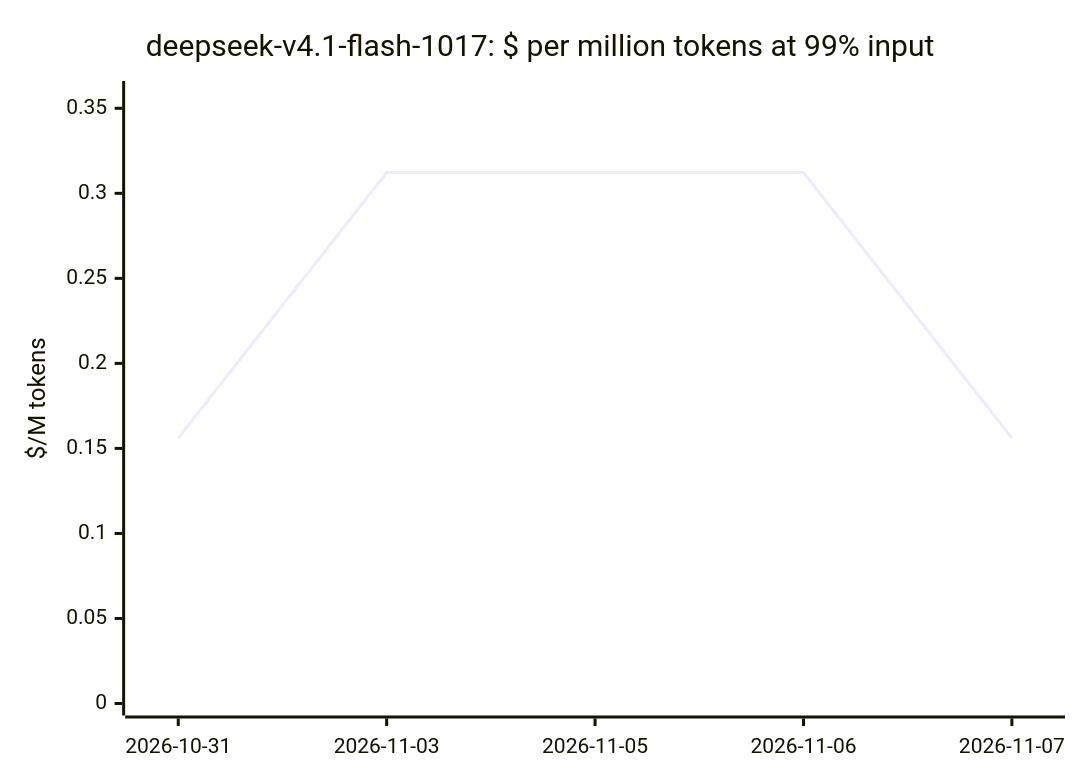
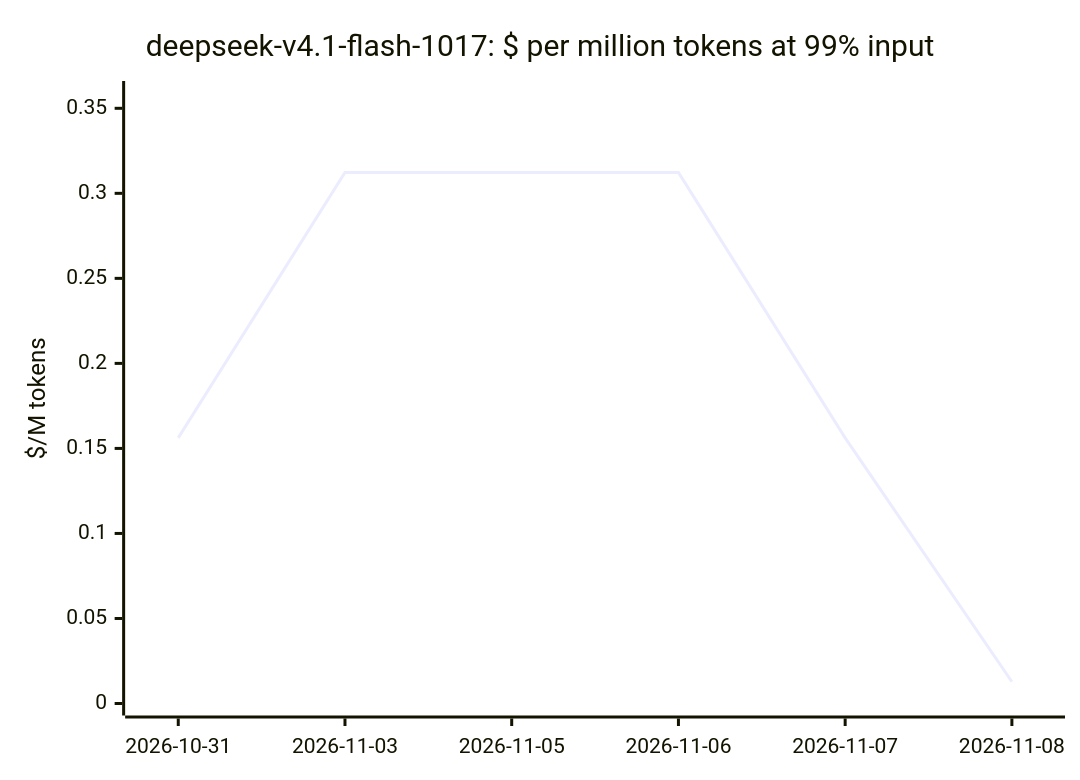
The sixth of 20 diagrams in docs/openrouter-models.md (cklukas/OMEGA_TRANSFORM), drawn with Mermaid before and after one commit. The commit also changed other lines of this file and 47 other files, not shown here.

````diff
--- a/docs/openrouter-models.md
+++ b/docs/openrouter-models.md
@@ -185,7 +186,7 @@
 ```mermaid
 xychart-beta
     title "deepseek-v4.1-flash-1017: $ per million tokens at 99% input"
-    x-axis ["2026-10-31", "2026-11-03", "2026-11-05", "2026-11-06", "2026-11-07"]
+    x-axis ["2026-10-31", "2026-11-03", "2026-11-05", "2026-11-06", "2026-11-07", "2026-11-08"]
     y-axis "$/M tokens" 0 --> 0.359
-    line [0.1561, 0.3122, 0.3122, 0.3122, 0.1561]
+    line [0.1562, 0.3123, 0.3123, 0.3123, 0.1562, 0.01278]
 ```
````
